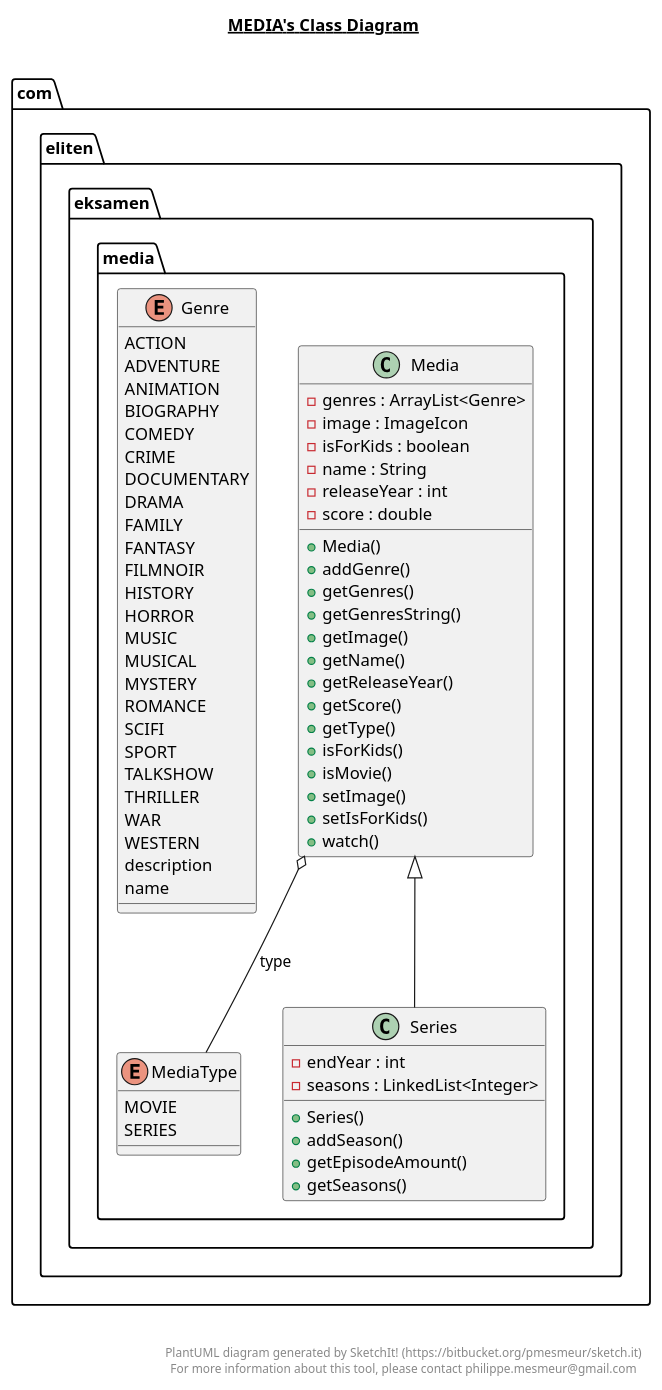
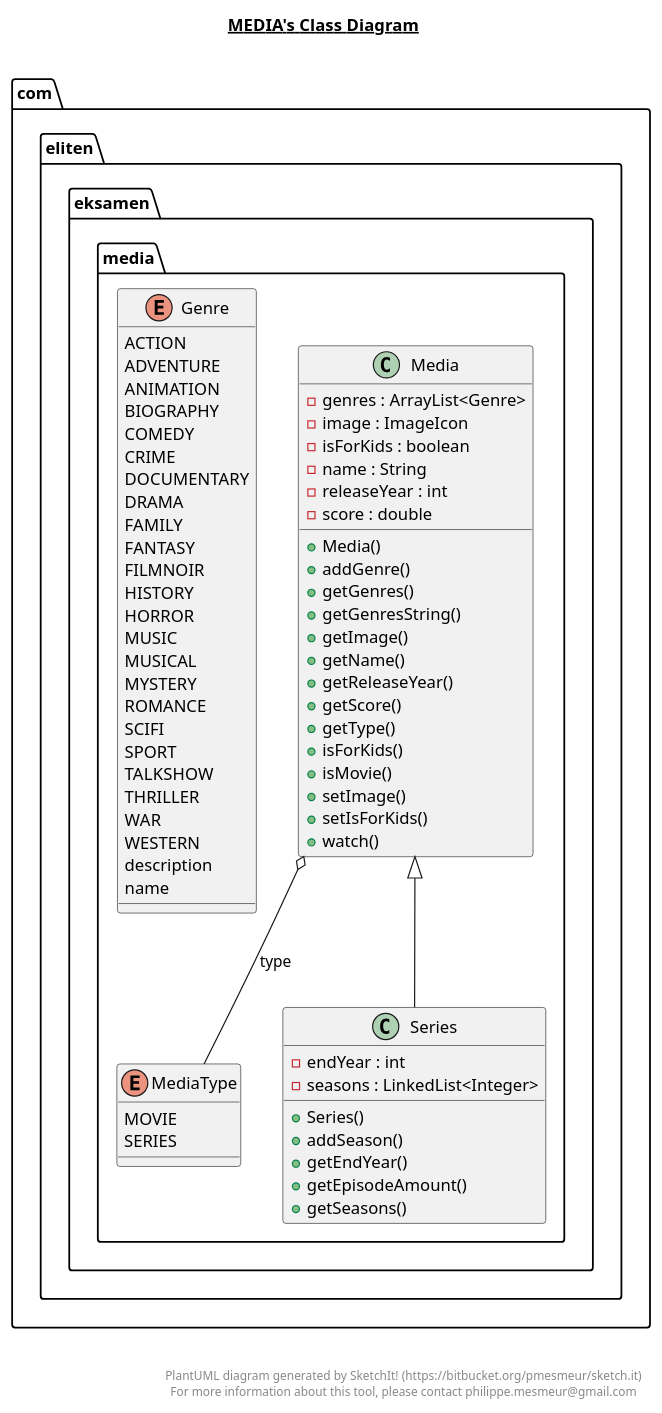
Before and after one commit to BE-CH/ITU-ExamProject2020-Streaming-Service: the diagram in src/main/java/com/eliten/eksamen/media/media.plantuml, drawn with PlantUML. The commit also changed 4 other files, not shown here.

Commit message:
updated the UML Files

```diff
--- a/src/main/java/com/eliten/eksamen/media/media.plantuml
+++ b/src/main/java/com/eliten/eksamen/media/media.plantuml
@@ -1,101 +1,102 @@
 @startuml
 
 title __MEDIA's Class Diagram__\n
 
   namespace com.eliten.eksamen {
     namespace media {
       enum Genre {
         ACTION
         ADVENTURE
         ANIMATION
         BIOGRAPHY
         COMEDY
         CRIME
         DOCUMENTARY
         DRAMA
         FAMILY
         FANTASY
         FILMNOIR
         HISTORY
         HORROR
         MUSIC
         MUSICAL
         MYSTERY
         ROMANCE
         SCIFI
         SPORT
         TALKSHOW
         THRILLER
         WAR
         WESTERN
         description
         name
       }
     }
   }
   
 
   namespace com.eliten.eksamen {
     namespace media {
       class com.eliten.eksamen.media.Media {
           - genres : ArrayList<Genre>
           - image : ImageIcon
           - isForKids : boolean
           - name : String
           - releaseYear : int
           - score : double
           + Media()
           + addGenre()
           + getGenres()
           + getGenresString()
           + getImage()
           + getName()
           + getReleaseYear()
           + getScore()
           + getType()
           + isForKids()
           + isMovie()
           + setImage()
           + setIsForKids()
           + watch()
       }
     }
   }
   
 
   namespace com.eliten.eksamen {
     namespace media {
       enum MediaType {
         MOVIE
         SERIES
       }
     }
   }
   
 
   namespace com.eliten.eksamen {
     namespace media {
       class com.eliten.eksamen.media.Series {
           - endYear : int
           - seasons : LinkedList<Integer>
           + Series()
           + addSeason()
+          + getEndYear()
           + getEpisodeAmount()
           + getSeasons()
       }
     }
   }
   
 
   com.eliten.eksamen.media.Media o-- com.eliten.eksamen.media.MediaType : type
   com.eliten.eksamen.media.Series -up-|> com.eliten.eksamen.media.Media
 
 
 right footer
 
 
 PlantUML diagram generated by SketchIt! (https://bitbucket.org/pmesmeur/sketch.it)
 For more information about this tool, please contact philippe.mesmeur@gmail.com
 endfooter
 
 @enduml
```
